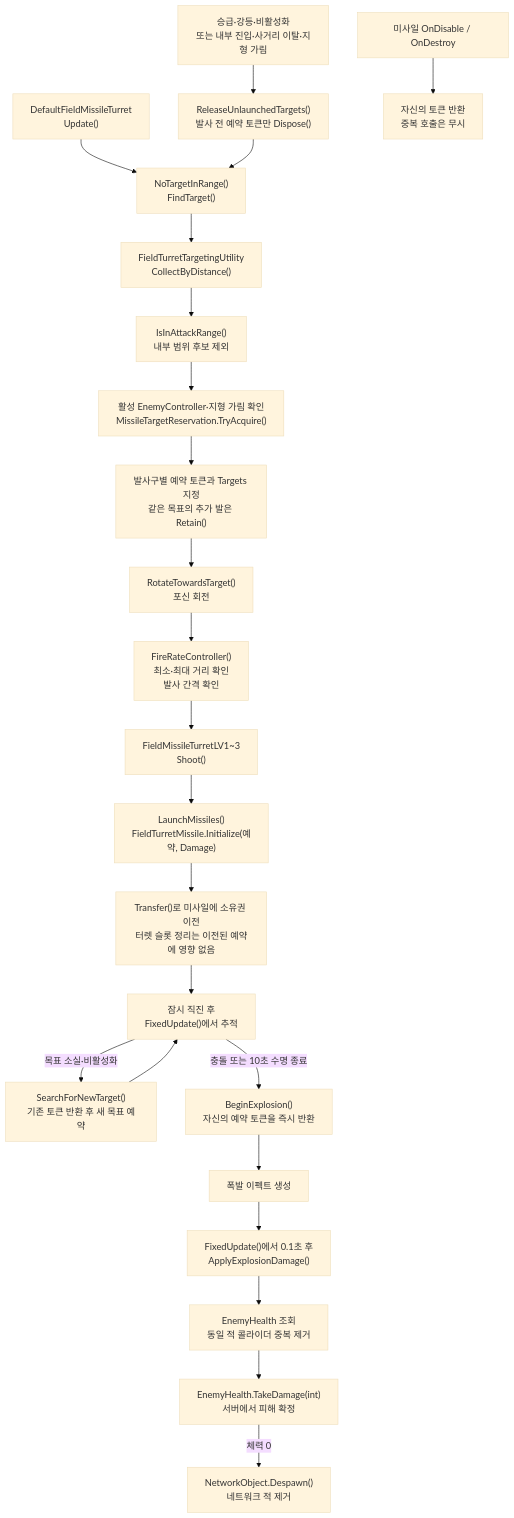
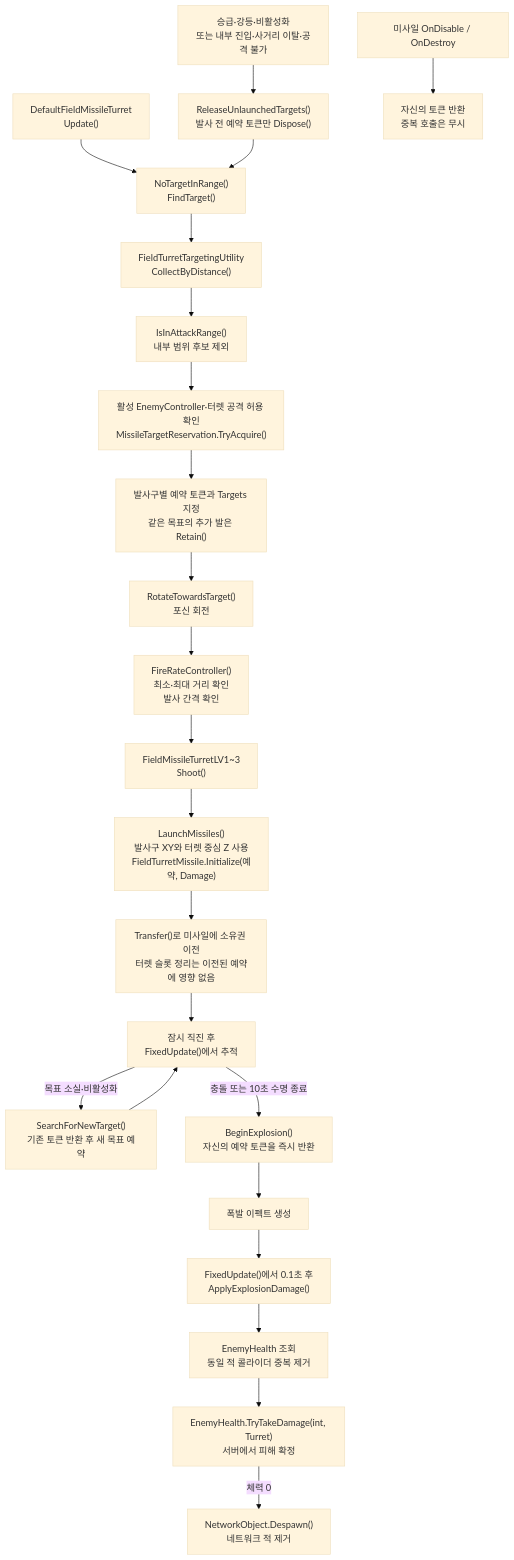
One commit to Team-HJD-21/unity-6-the-developer changed the tenth of 17 diagrams in Docs/02_architecture/07_turrets/turret-system-guide.md. Above: the diagram before and after it, drawn with Mermaid (base theme). The commit also changed other lines of this file and 6 other files, not shown here.

````diff
--- a/Docs/02_architecture/07_turrets/turret-system-guide.md
+++ b/Docs/02_architecture/07_turrets/turret-system-guide.md
@@ -472,25 +478,25 @@
 ```mermaid
 flowchart TD
     Update["DefaultFieldMissileTurret<br>Update()"] --> Search["NoTargetInRange()<br>FindTarget()"]
     Search --> Collect["FieldTurretTargetingUtility<br>CollectByDistance()"]
     Collect --> RangeCheck["IsInAttackRange()<br>내부 범위 후보 제외"]
-    RangeCheck --> Filter["활성 EnemyController·지형 가림 확인<br>MissileTargetReservation.TryAcquire()"]
+    RangeCheck --> Filter["활성 EnemyController·터렛 공격 허용 확인<br>MissileTargetReservation.TryAcquire()"]
     Filter --> Targets["발사구별 예약 토큰과 Targets 지정<br>같은 목표의 추가 발은 Retain()"]
     Targets --> Rotate["RotateTowardsTarget()<br>포신 회전"]
     Rotate --> Fire["FireRateController()<br>최소·최대 거리 확인<br>발사 간격 확인"]
     Fire --> Shoot["FieldMissileTurretLV1~3<br>Shoot()"]
-    Shoot --> Init["LaunchMissiles()<br>FieldTurretMissile.Initialize(예약, Damage)"]
+    Shoot --> Init["LaunchMissiles()<br>발사구 XY와 터렛 중심 Z 사용<br>FieldTurretMissile.Initialize(예약, Damage)"]
     Init --> Transfer["Transfer()로 미사일에 소유권 이전<br>터렛 슬롯 정리는 이전된 예약에 영향 없음"]
-    Change["승급·강등·비활성화<br>또는 내부 진입·사거리 이탈·지형 가림"] --> Release["ReleaseUnlaunchedTargets()<br>발사 전 예약 토큰만 Dispose()"]
+    Change["승급·강등·비활성화<br>또는 내부 진입·사거리 이탈·공격 불가"] --> Release["ReleaseUnlaunchedTargets()<br>발사 전 예약 토큰만 Dispose()"]
     Release --> Search
     Transfer --> Straight["잠시 직진 후<br>FixedUpdate()에서 추적"]
     Straight -->|목표 소실·비활성화| Retarget["SearchForNewTarget()<br>기존 토큰 반환 후 새 목표 예약"]
     Retarget --> Straight
     Straight -->|충돌 또는 10초 수명 종료| Unreserve["BeginExplosion()<br>자신의 예약 토큰을 즉시 반환"]
     Disabled["미사일 OnDisable / OnDestroy"] --> Cleanup["자신의 토큰 반환<br>중복 호출은 무시"]
     Unreserve --> Explosion["폭발 이펙트 생성"]
     Explosion --> Area["FixedUpdate()에서 0.1초 후<br>ApplyExplosionDamage()"]
     Area --> Health["EnemyHealth 조회<br>동일 적 콜라이더 중복 제거"]
-    Health --> Damage["EnemyHealth.TakeDamage(int)<br>서버에서 피해 확정"]
+    Health --> Damage["EnemyHealth.TryTakeDamage(int, Turret)<br>서버에서 피해 확정"]
     Damage -->|체력 0| Die["NetworkObject.Despawn()<br>네트워크 적 제거"]
 ```
````
